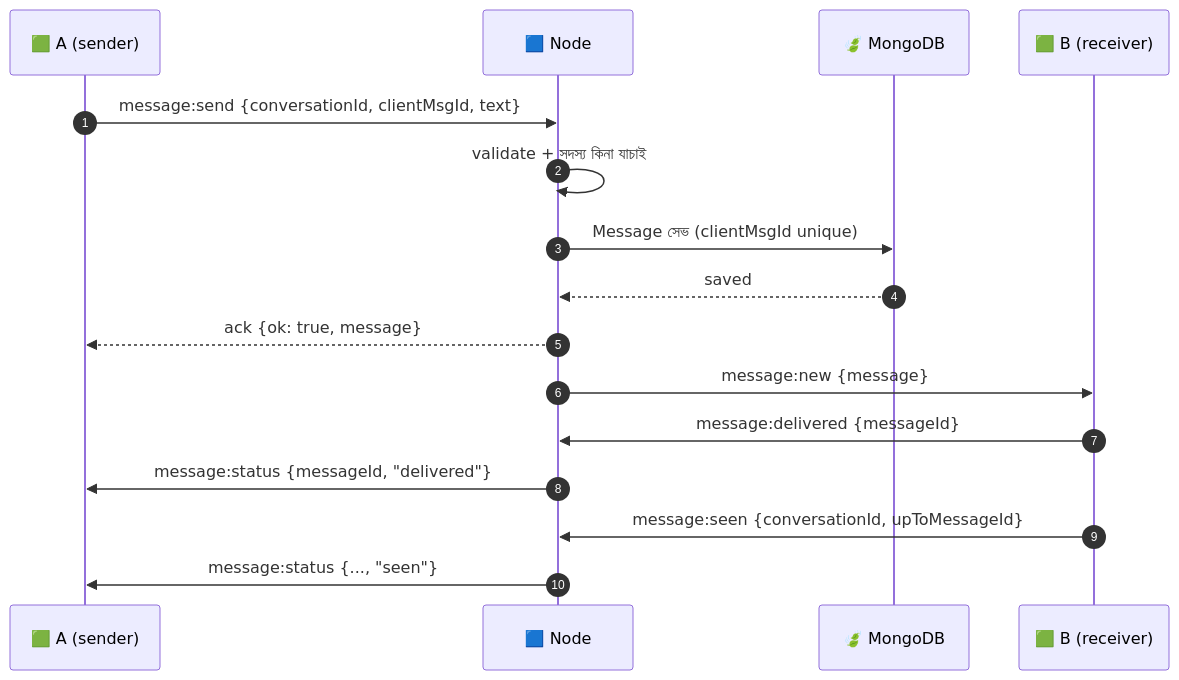
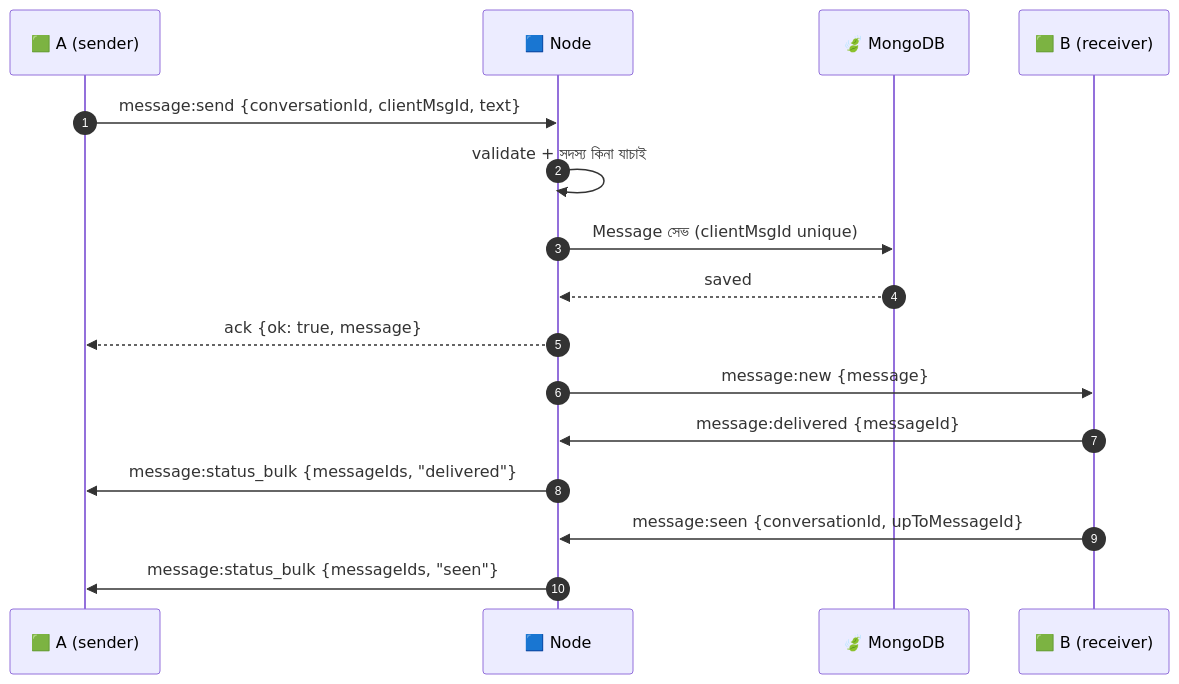
The fourth of 6 diagrams in README.md (duttaanubhab777-code/sync), drawn with Mermaid before and after one commit. The commit also changed other lines of this file and 25 other files, not shown here.

````diff
--- a/README.md
+++ b/README.md
@@ -285,19 +292,19 @@
 ```mermaid
 sequenceDiagram
     autonumber
     participant A as 🟩 A (sender)
     participant N as 🟦 Node
     participant DB as 🍃 MongoDB
     participant B as 🟩 B (receiver)
 
     A->>N: message:send {conversationId, clientMsgId, text}
     N->>N: validate + সদস্য কিনা যাচাই
     N->>DB: Message সেভ (clientMsgId unique)
     DB-->>N: saved
     N-->>A: ack {ok: true, message}
     N->>B: message:new {message}
     B->>N: message:delivered {messageId}
-    N->>A: message:status {messageId, "delivered"}
+    N->>A: message:status_bulk {messageIds, "delivered"}
     B->>N: message:seen {conversationId, upToMessageId}
-    N->>A: message:status {..., "seen"}
+    N->>A: message:status_bulk {messageIds, "seen"}
 ```
````
